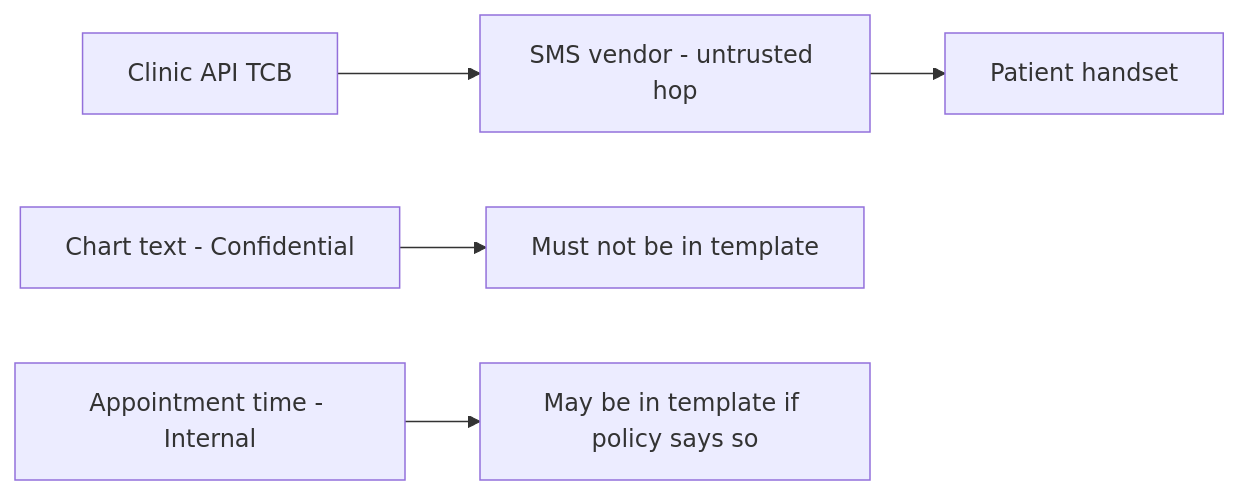
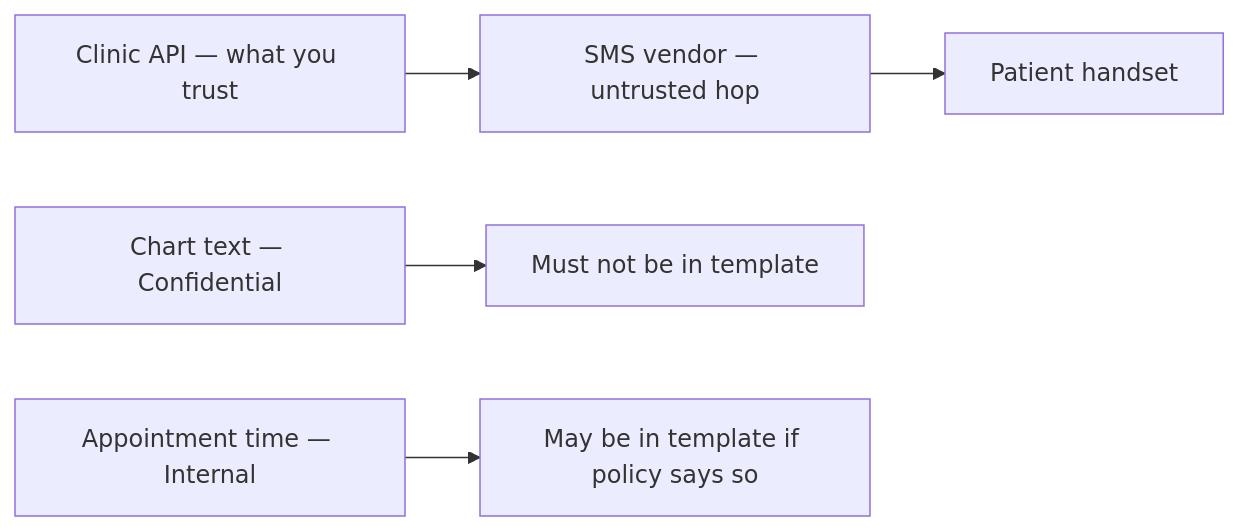
Before and after one commit to ishitvagoel/LearnSecurity: the diagram in content/modules/3/3.2/lessons/07-transfer.md, drawn with Mermaid. The commit also changed other lines of this file and 31 other files, not shown here.

````diff
--- a/content/modules/3/3.2/lessons/07-transfer.md
+++ b/content/modules/3/3.2/lessons/07-transfer.md
@@ -26,7 +27,7 @@
 ```mermaid
 flowchart LR
-  Api["Clinic API TCB"] --> Sms["SMS vendor - untrusted hop"]
+  Api["Clinic API — what you trust"] --> Sms["SMS vendor — untrusted hop"]
   Sms --> Phone["Patient handset"]
-  Chart["Chart text - Confidential"] --> SmsDeny["Must not be in template"]
-  Time["Appointment time - Internal"] --> SmsAllow["May be in template if policy says so"]
+  Chart["Chart text — Confidential"] --> SmsDeny["Must not be in template"]
+  Time["Appointment time — Internal"] --> SmsAllow["May be in template if policy says so"]
 ```
````
